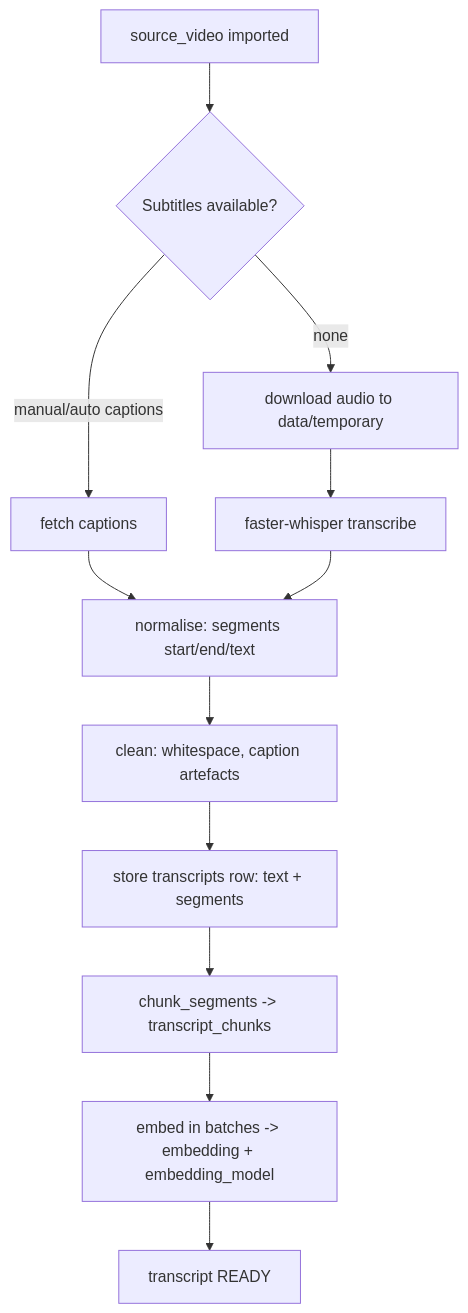
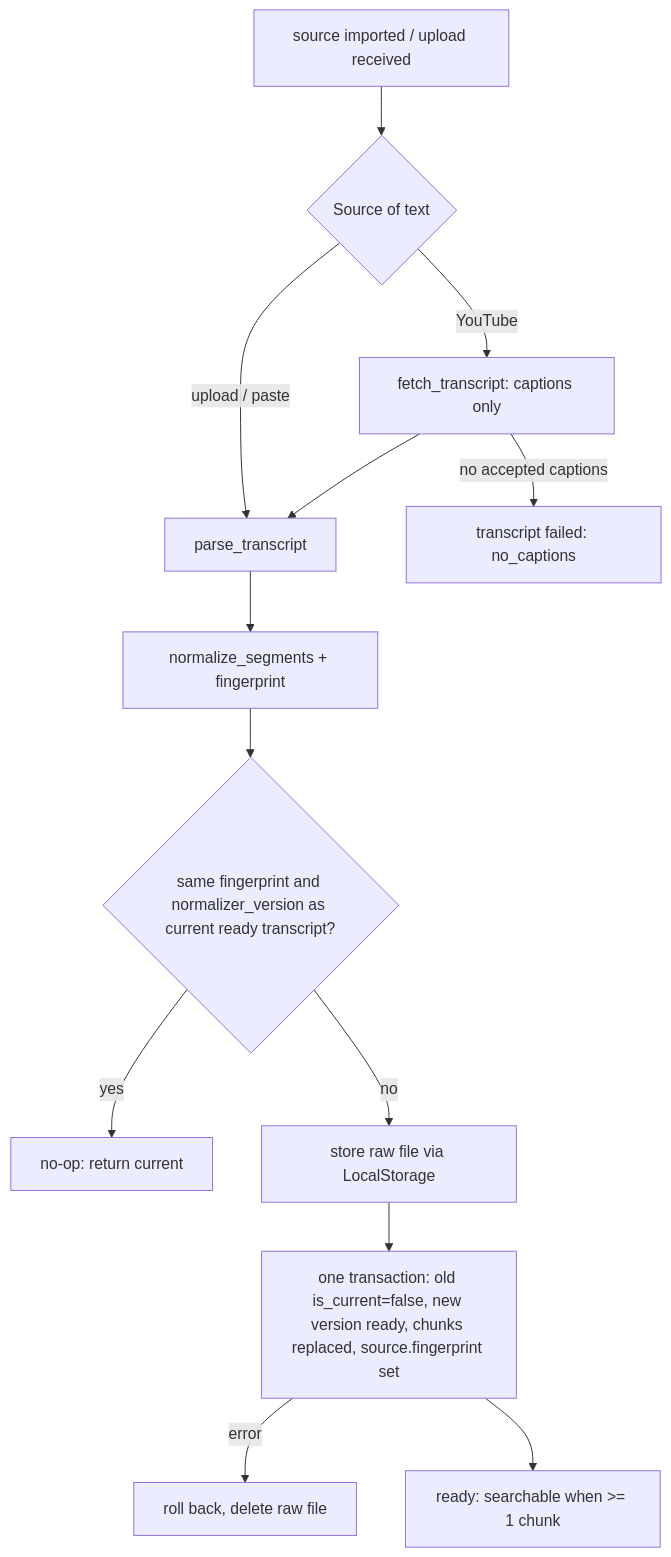
The diagram in docs/workflows/transcript-workflow.md (coder-aadii/StoryWeaver), drawn with Mermaid before and after one commit. The commit also changed other lines of this file and 146 other files, not shown here.

````diff
--- a/docs/workflows/transcript-workflow.md
+++ b/docs/workflows/transcript-workflow.md
@@ -15,14 +17,15 @@
 ```mermaid
 flowchart TD
-    A[source_video imported] --> B{Subtitles available?}
-    B -->|manual/auto captions| C[fetch captions]
-    B -->|none| D[download audio to data/temporary]
-    D --> E[faster-whisper transcribe]
-    C --> F[normalise: segments start/end/text]
-    E --> F
-    F --> G[clean: whitespace, caption artefacts]
-    G --> H[store transcripts row: text + segments]
-    H --> I[chunk_segments -> transcript_chunks]
-    I --> J[embed in batches -> embedding + embedding_model]
-    J --> K[transcript READY]
+    A[source imported / upload received] --> B{Source of text}
+    B -->|YouTube| C[fetch_transcript: captions only]
+    B -->|upload / paste| P[parse_transcript]
+    C -->|no accepted captions| X[transcript failed: no_captions]
+    C --> P
+    P --> N[normalize_segments + fingerprint]
+    N --> Q{same fingerprint and normalizer_version as current ready transcript?}
+    Q -->|yes| R[no-op: return current]
+    Q -->|no| S[store raw file via LocalStorage]
+    S --> T[one transaction: old is_current=false, new version ready, chunks replaced, source.fingerprint set]
+    T -->|error| U[roll back, delete raw file]
+    T --> V[ready: searchable when >= 1 chunk]
 ```
````
